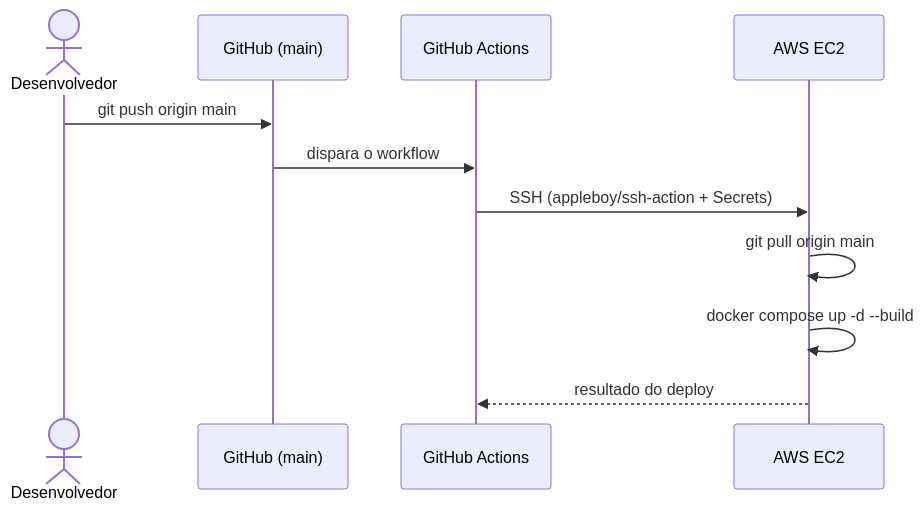
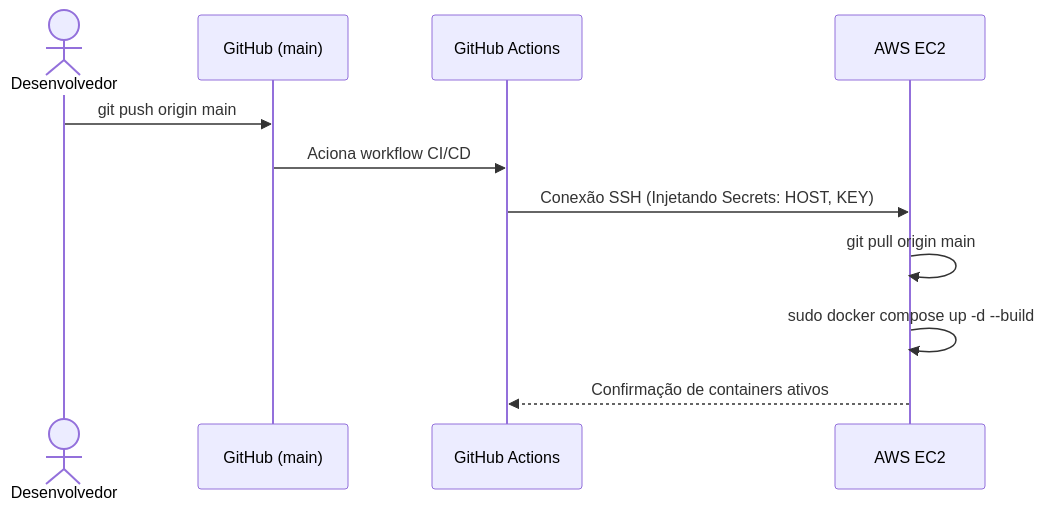
Before and after one commit to Buzzidd/projeto-devops: the second of 2 diagrams in README.md, drawn with Mermaid. The commit also changed other lines of this file and 1 other file, not shown here.

Commit message:
Deploy inicial com infraestrutura segura

````diff
--- a/README.md
+++ b/README.md
@@ -217,14 +199,14 @@
 ```mermaid
 sequenceDiagram
     actor Dev as Desenvolvedor
     participant GH as GitHub (main)
     participant GA as GitHub Actions
     participant EC2 as AWS EC2
 
     Dev->>GH: git push origin main
-    GH->>GA: dispara o workflow
-    GA->>EC2: SSH (appleboy/ssh-action + Secrets)
+    GH->>GA: Aciona workflow CI/CD
+    GA->>EC2: Conexão SSH (Injetando Secrets: HOST, KEY)
     EC2->>EC2: git pull origin main
-    EC2->>EC2: docker compose up -d --build
-    EC2-->>GA: resultado do deploy
+    EC2->>EC2: sudo docker compose up -d --build
+    EC2-->>GA: Confirmação de containers ativos
 ```
````
